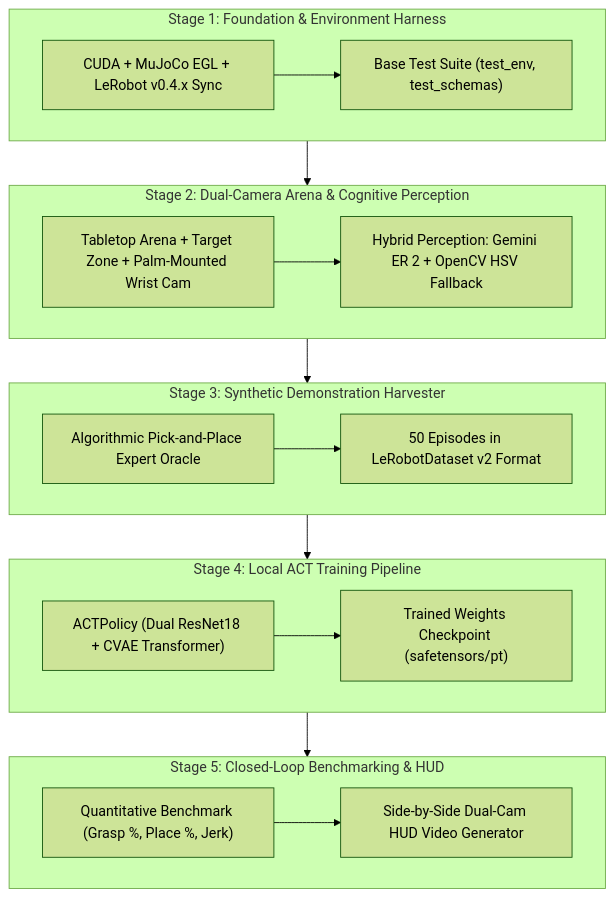
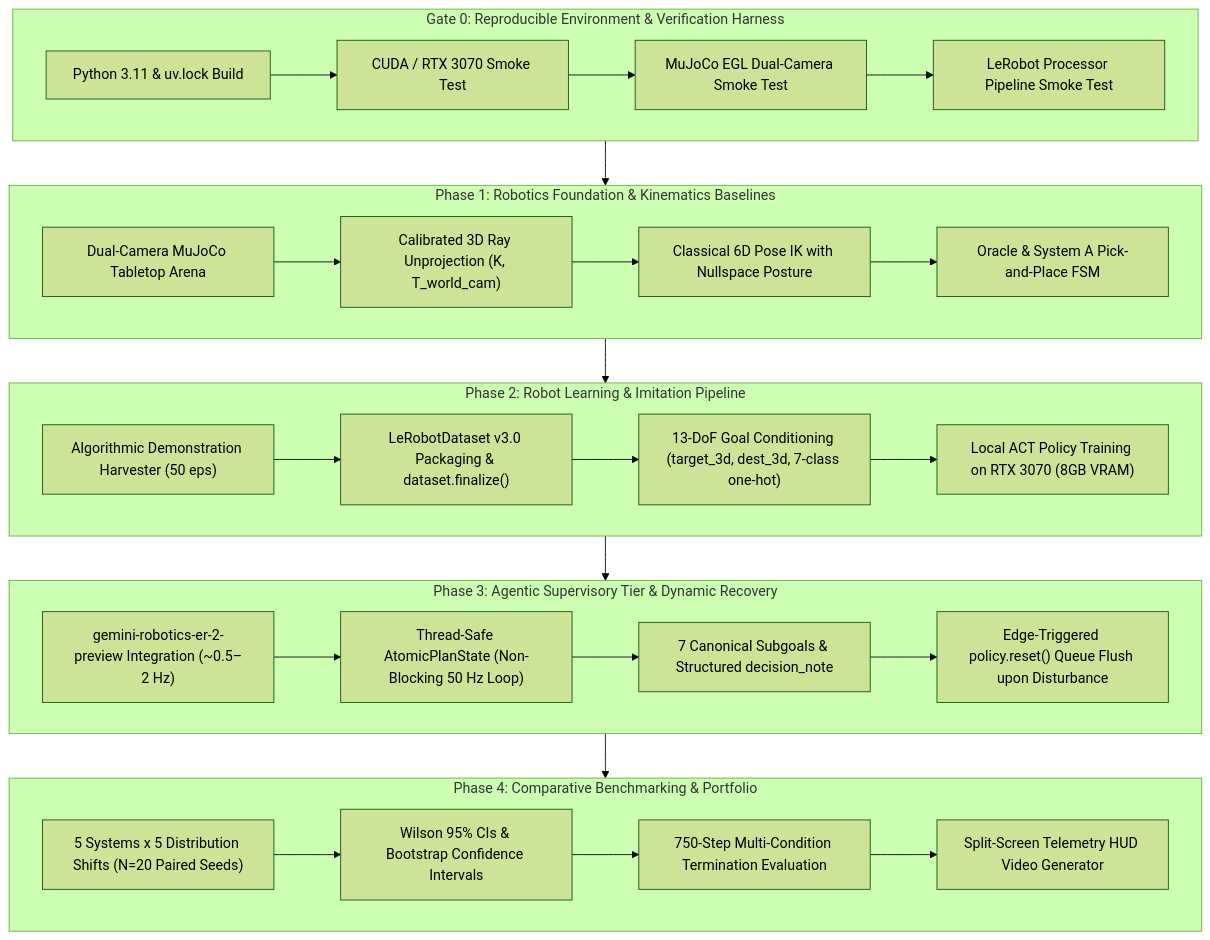
The diagram in ROADMAP.md (szcai1998/lerobot-agentic), drawn with Mermaid (forest theme) before and after one commit. The commit also changed other lines of this file and 3 other files, not shown here.

Commit message:
docs: align ROADMAP.md with Gate 0, 4-phase agile structure, and frozen architecture

````diff
--- a/ROADMAP.md
+++ b/ROADMAP.md
@@ -28,37 +26,44 @@
 ```mermaid
 flowchart TD
-    subgraph S1 ["Stage 1: Foundation & Environment Harness"]
-        P1["CUDA + MuJoCo EGL + LeRobot v0.4.x Sync"]
-        T1["Base Test Suite (test_env, test_schemas)"]
-        P1 --> T1
+    subgraph G0 ["Gate 0: Reproducible Environment & Verification Harness"]
+        P0_1["Python 3.11 & uv.lock Build"]
+        P0_2["CUDA / RTX 3070 Smoke Test"]
+        P0_3["MuJoCo EGL Dual-Camera Smoke Test"]
+        P0_4["LeRobot Processor Pipeline Smoke Test"]
+        P0_1 --> P0_2 --> P0_3 --> P0_4
     end
 
-    subgraph S2 ["Stage 2: Dual-Camera Arena & Cognitive Perception"]
-        Arena["Tabletop Arena + Target Zone + Palm-Mounted Wrist Cam"]
-        Vision["Hybrid Perception: Gemini ER 2 + OpenCV HSV Fallback"]
-        Arena --> Vision
+    subgraph P1 ["Phase 1: Robotics Foundation & Kinematics Baselines"]
+        P1_1["Dual-Camera MuJoCo Tabletop Arena"]
+        P1_2["Calibrated 3D Ray Unprojection (K, T_world_cam)"]
+        P1_3["Classical 6D Pose IK with Nullspace Posture"]
+        P1_4["Oracle & System A Pick-and-Place FSM"]
+        P1_1 --> P1_2 --> P1_3 --> P1_4
     end
 
-    subgraph S3 ["Stage 3: Synthetic Demonstration Harvester"]
-        Oracle["Algorithmic Pick-and-Place Expert Oracle"]
-        Dataset["50 Episodes in LeRobotDataset v2 Format"]
-        Oracle --> Dataset
+    subgraph P2 ["Phase 2: Robot Learning & Imitation Pipeline"]
+        P2_1["Algorithmic Demonstration Harvester (50 eps)"]
+        P2_2["LeRobotDataset v3.0 Packaging & dataset.finalize()"]
+        P2_3["13-DoF Goal Conditioning (target_3d, dest_3d, 7-class one-hot)"]
+        P2_4["Local ACT Policy Training on RTX 3070 (8GB VRAM)"]
+        P2_1 --> P2_2 --> P2_3 --> P2_4
     end
 
-    subgraph S4 ["Stage 4: Local ACT Training Pipeline"]
-        Trainer["ACTPolicy (Dual ResNet18 + CVAE Transformer)"]
-        Checkpoint["Trained Weights Checkpoint (safetensors/pt)"]
-        Trainer --> Checkpoint
+    subgraph P3 ["Phase 3: Agentic Supervisory Tier & Dynamic Recovery"]
+        P3_1["gemini-robotics-er-2-preview Integration (~0.5–2 Hz)"]
+        P3_2["Thread-Safe AtomicPlanState (Non-Blocking 50 Hz Loop)"]
+        P3_3["7 Canonical Subgoals & Structured decision_note"]
+        P3_4["Edge-Triggered policy.reset() Queue Flush upon Disturbance"]
+        P3_1 --> P3_2 --> P3_3 --> P3_4
     end
 
-    subgraph S5 ["Stage 5: Closed-Loop Benchmarking & HUD"]
-        Eval["Quantitative Benchmark (Grasp %, Place %, Jerk)"]
-        HUD["Side-by-Side Dual-Cam HUD Video Generator"]
-        Eval --> HUD
+    subgraph P4 ["Phase 4: Comparative Benchmarking & Portfolio"]
+        P4_1["5 Systems x 5 Distribution Shifts (N=20 Paired Seeds)"]
+        P4_2["Wilson 95% CIs & Bootstrap Confidence Intervals"]
+        P4_3["750-Step Multi-Condition Termination Evaluation"]
+        P4_4["Split-Screen Telemetry HUD Video Generator"]
+        P4_1 --> P4_2 --> P4_3 --> P4_4
     end
 
-    S1 --> S2
-    S2 --> S3
-    S3 --> S4
-    S4 --> S5
+    G0 --> P1 --> P2 --> P3 --> P4
 ```
````
